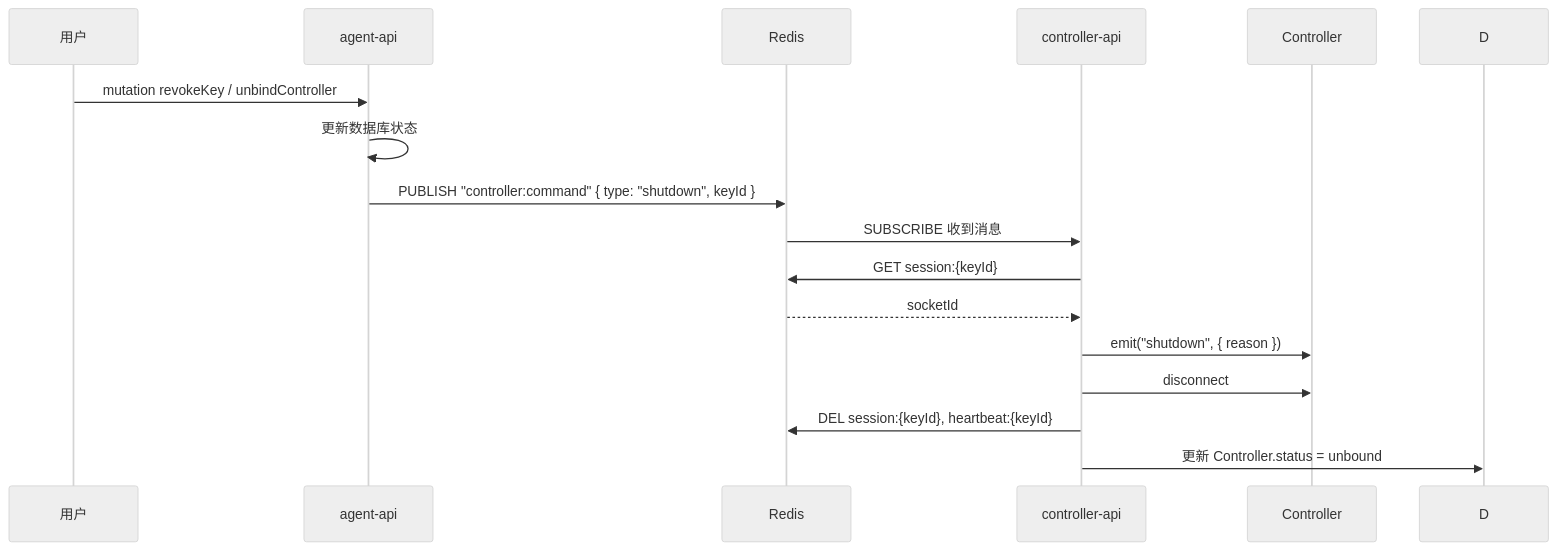
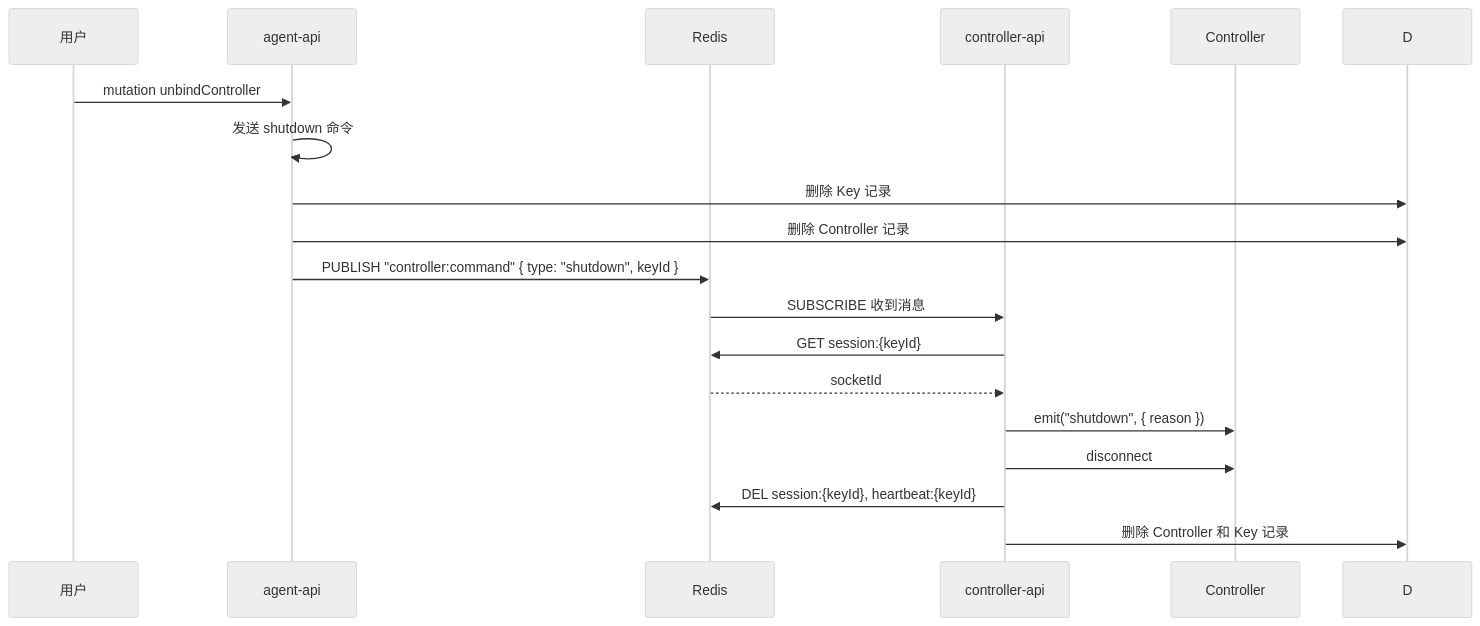
The eighth of 8 diagrams in docs/engineering/proposals/20260517-proposal-agent-controller-v1.md (Deliay/z-agent-gear), drawn with Mermaid (neutral theme) before and after one commit. The commit also changed other lines of this file and 3 other files, not shown here.

First line of the commit message:
docs: update all documentation to reflect new controller key lifecycle

````diff
--- a/docs/engineering/proposals/20260517-proposal-agent-controller-v1.md
+++ b/docs/engineering/proposals/20260517-proposal-agent-controller-v1.md
@@ -481,19 +467,21 @@
 ```mermaid
 sequenceDiagram
     participant U as 用户
     participant A as agent-api
     participant R as Redis
     participant S as controller-api
     participant CT as Controller
 
-    U->>A: mutation revokeKey / unbindController
-    A->>A: 更新数据库状态
+    U->>A: mutation unbindController
+    A->>A: 发送 shutdown 命令
+    A->>D: 删除 Key 记录
+    A->>D: 删除 Controller 记录
     A->>R: PUBLISH "controller:command" { type: "shutdown", keyId }
     R->>S: SUBSCRIBE 收到消息
     S->>R: GET session:{keyId}
     R-->>S: socketId
     S->>CT: emit("shutdown", { reason })
     S->>CT: disconnect
     S->>R: DEL session:{keyId}, heartbeat:{keyId}
-    S->>D: 更新 Controller.status = unbound
+    S->>D: 删除 Controller 和 Key 记录
 ```
````
